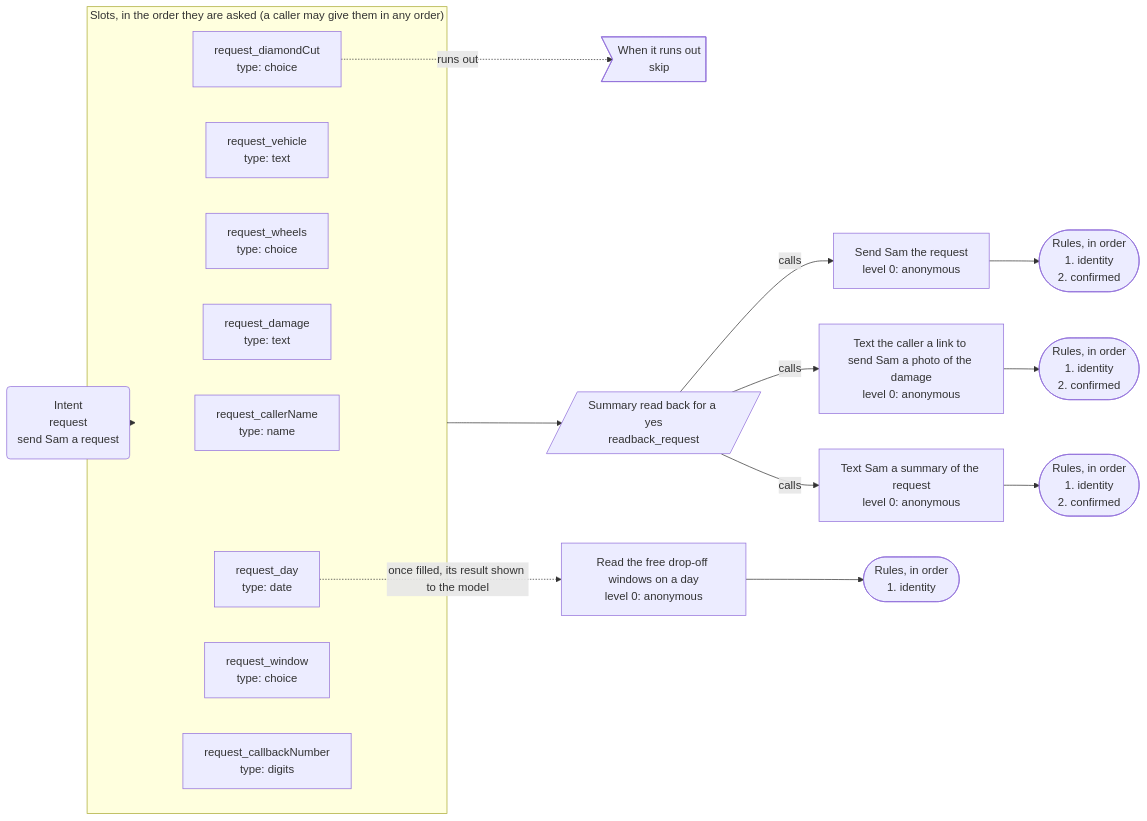
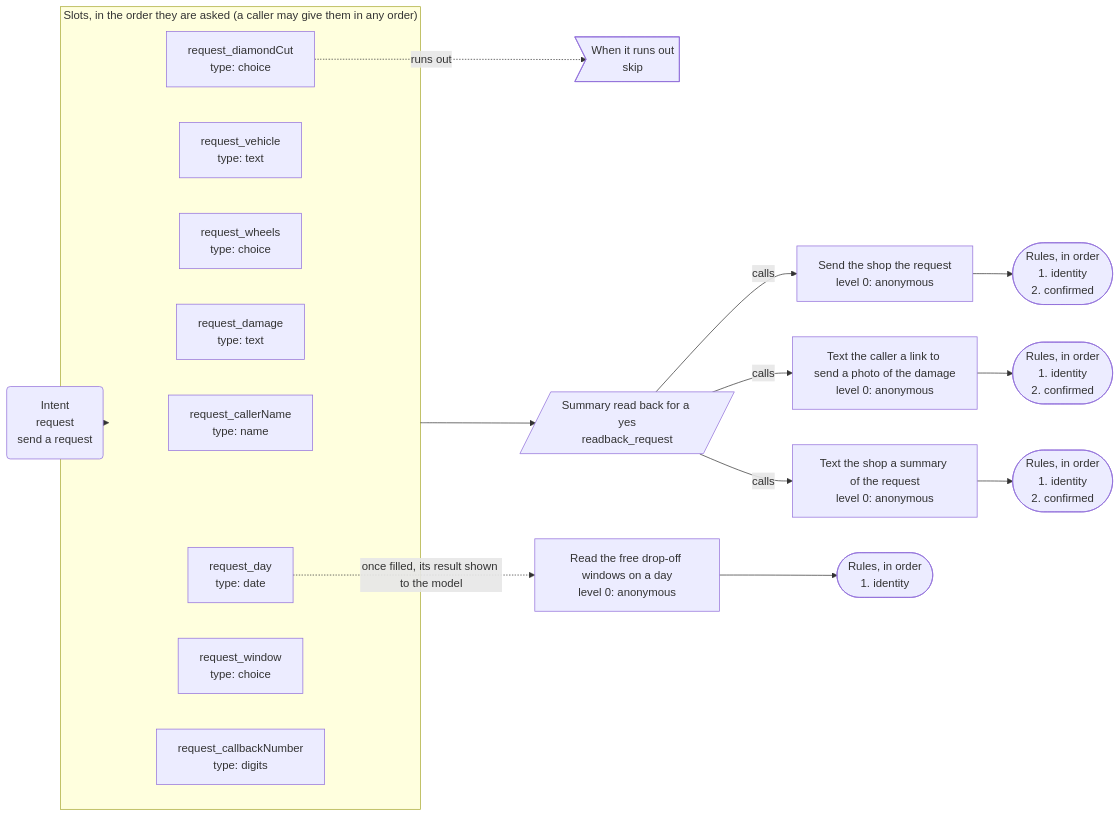
Before and after one commit to DialogWright/dialogwright: the second of 4 diagrams in apps/wheelshop/APP-MAP.md, drawn with Mermaid. The commit also changed other lines of this file and 20 other files, not shown here.

````diff
--- a/apps/wheelshop/APP-MAP.md
+++ b/apps/wheelshop/APP-MAP.md
@@ -30,35 +30,35 @@
 ```mermaid
 flowchart LR
-  intent("Intent<br/>request<br/>send Sam a request")
+  intent("Intent<br/>request<br/>send a request")
   subgraph slots["Slots, in the order they are asked (a caller may give them in any order)"]
     s_request_callerName["request_callerName<br/>type: name"]
     s_request_vehicle["request_vehicle<br/>type: text"]
     s_request_wheels["request_wheels<br/>type: choice"]
     s_request_damage["request_damage<br/>type: text"]
     s_request_diamondCut["request_diamondCut<br/>type: choice"]
     s_request_day["request_day<br/>type: date"]
     s_request_window["request_window<br/>type: choice"]
     s_request_callbackNumber["request_callbackNumber<br/>type: digits"]
   end
   x_request_diamondCut>"When it runs out<br/>skip"]
   s_request_diamondCut -.->|"runs out"| x_request_diamondCut
   intent --> slots
   summary[/"Summary read back for a yes<br/>readback_request"/]
   slots --> summary
-  a_request["Send Sam the request<br/>level 0: anonymous"]
+  a_request["Send the shop the request<br/>level 0: anonymous"]
   summary -->|"calls"| a_request
   r_request(["Rules, in order<br/>1. identity<br/>2. confirmed"])
   a_request --> r_request
-  a_send_photo_link["Text the caller a link to send Sam a photo of the damage<br/>level 0: anonymous"]
+  a_send_photo_link["Text the caller a link to send a photo of the damage<br/>level 0: anonymous"]
   summary -->|"calls"| a_send_photo_link
   r_send_photo_link(["Rules, in order<br/>1. identity<br/>2. confirmed"])
   a_send_photo_link --> r_send_photo_link
-  a_notify_owner_request["Text Sam a summary of the request<br/>level 0: anonymous"]
+  a_notify_owner_request["Text the shop a summary of the request<br/>level 0: anonymous"]
   summary -->|"calls"| a_notify_owner_request
   r_notify_owner_request(["Rules, in order<br/>1. identity<br/>2. confirmed"])
   a_notify_owner_request --> r_notify_owner_request
   a_availability["Read the free drop-off windows on a day<br/>level 0: anonymous"]
   s_request_day -.->|"once filled, its result shown to the model"| a_availability
   r_availability(["Rules, in order<br/>1. identity"])
   a_availability --> r_availability
 ```
````
